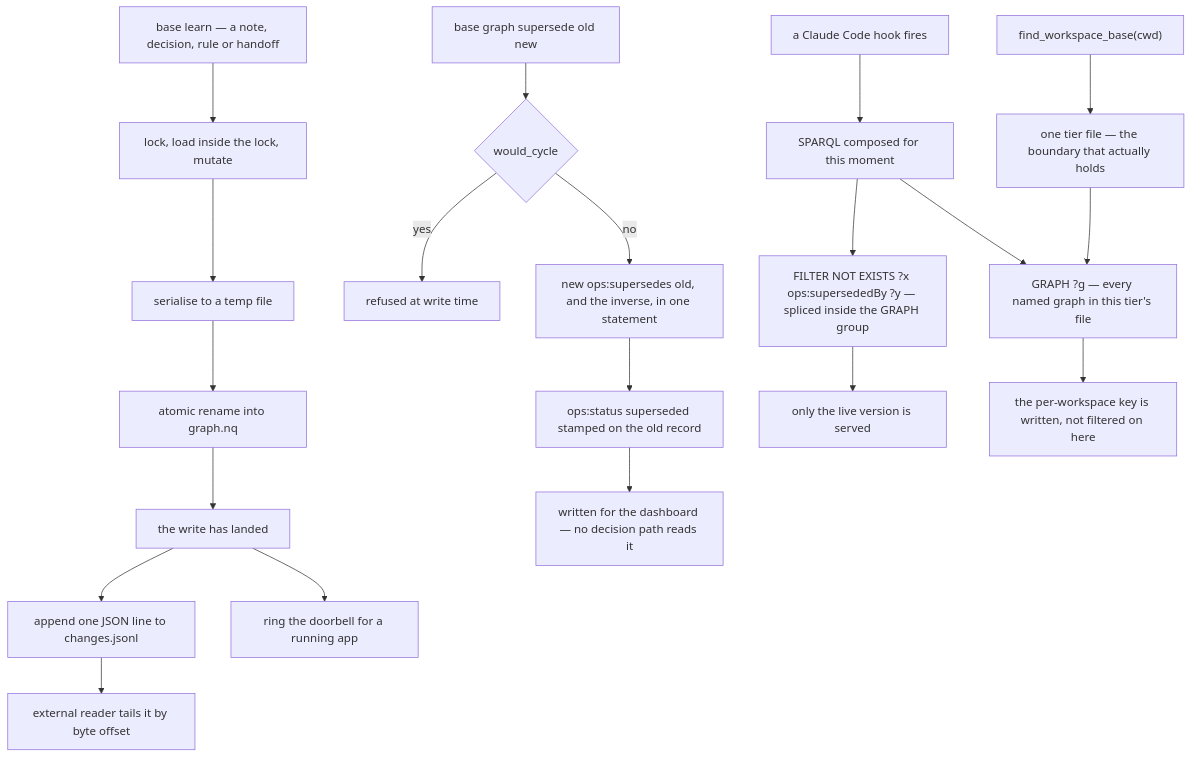
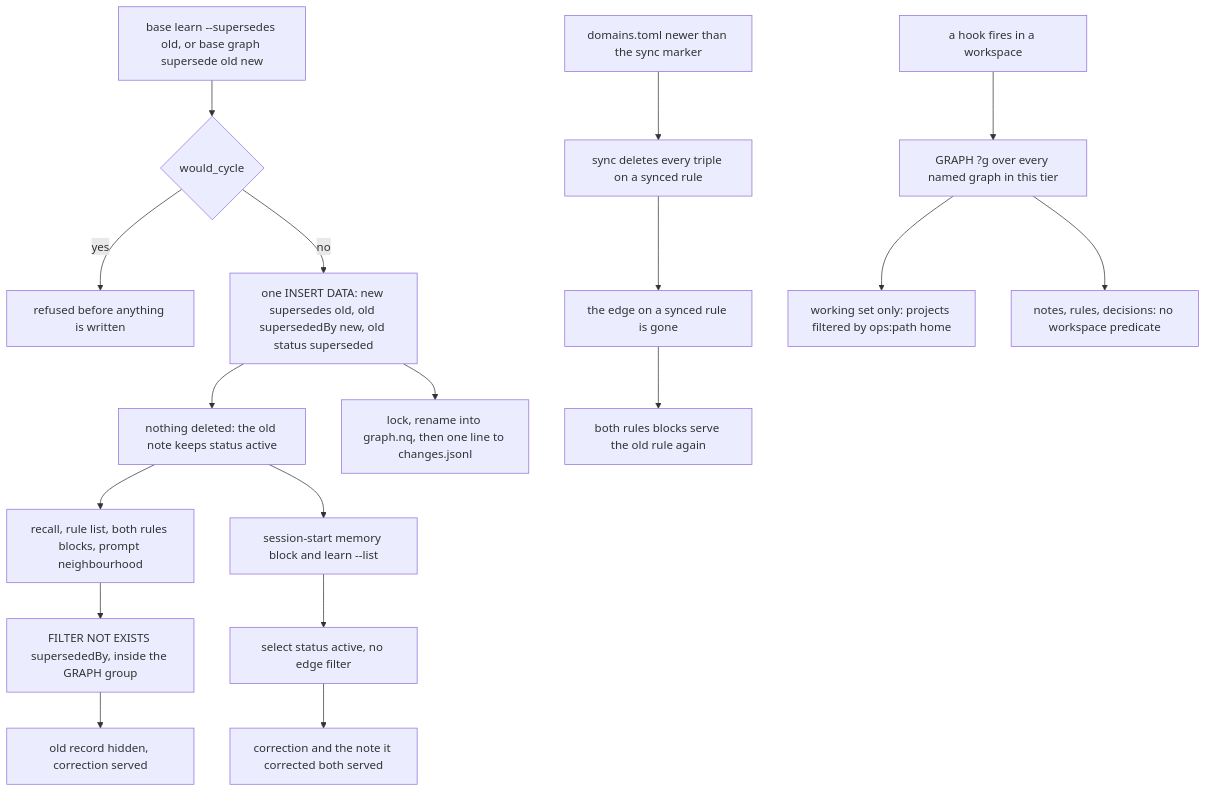
One commit to neoneye/agent-memory-atlas changed the diagram in content/systems/basemode.md. Above: the diagram before and after it, drawn with Mermaid. The commit also changed other lines of this file and 13 other files, not shown here.

First line of the commit message:
Re-read BASE at 566c753: superseded notes still served, no mark moved

````diff
--- a/content/systems/basemode.md
+++ b/content/systems/basemode.md
@@ -56,25 +66,25 @@
 ```mermaid
-%% caption: a correction is an edge the serving queries filter on, and the filter's placement is the whole mechanism — spliced inside the GRAPH group it hides the superseded note, and F16 once shipped it after the last arm where it constrained nothing and recall went on printing what it was meant to hide
+%% caption: a correction is an edge plus an added status, and what a surface serves depends on which of the two it reads — the recall and rules queries filter on the edge and hide the old record, while the session-start memory block selects status active, which the old record keeps
 flowchart TD
-  A["base learn — a note, decision, rule or handoff"] --> B["lock, load inside the lock, mutate"]
-  B --> C["serialise to a temp file"]
-  C --> D["atomic rename into graph.nq"]
-  D --> E["the write has landed"]
-  E --> F["append one JSON line to changes.jsonl"]
-  E --> G["ring the doorbell for a running app"]
-  F --> H["external reader tails it by byte offset"]
+  A["base learn --supersedes old, or base graph supersede old new"] --> B{"would_cycle"}
+  B -->|"yes"| C["refused before anything is written"]
+  B -->|"no"| D["one INSERT DATA: new supersedes old, old supersededBy new, old status superseded"]
+  D --> E["nothing deleted: the old note keeps status active"]
+  D --> F["lock, rename into graph.nq, then one line to changes.jsonl"]
 
-  I["base graph supersede old new"] --> J{"would_cycle"}
-  J -->|"yes"| K["refused at write time"]
-  J -->|"no"| L["new ops:supersedes old, and the inverse, in one statement"]
-  L --> M["ops:status superseded stamped on the old record"]
-  M --> N["written for the dashboard — no decision path reads it"]
+  E --> G["recall, rule list, both rules blocks, prompt neighbourhood"]
+  G --> H["FILTER NOT EXISTS supersededBy, inside the GRAPH group"]
+  H --> I["old record hidden, correction served"]
 
-  O["a Claude Code hook fires"] --> P["SPARQL composed for this moment"]
-  P --> Q["FILTER NOT EXISTS ?x ops:supersededBy ?y — spliced inside the GRAPH group"]
-  Q --> R["only the live version is served"]
-  P --> S["GRAPH ?g — every named graph in this tier's file"]
-  S --> T["the per-workspace key is written, not filtered on here"]
-  U["find_workspace_base(cwd)"] --> V["one tier file — the boundary that actually holds"]
-  V --> S
+  E --> J["session-start memory block and learn --list"]
+  J --> K["select status active, no edge filter"]
+  K --> L["correction and the note it corrected both served"]
+
+  M["domains.toml newer than the sync marker"] --> N["sync deletes every triple on a synced rule"]
+  N --> O["the edge on a synced rule is gone"]
+  O --> T["both rules blocks serve the old rule again"]
+
+  P["a hook fires in a workspace"] --> Q["GRAPH ?g over every named graph in this tier"]
+  Q --> R["working set only: projects filtered by ops:path home"]
+  Q --> S["notes, rules, decisions: no workspace predicate"]
 ```
````
